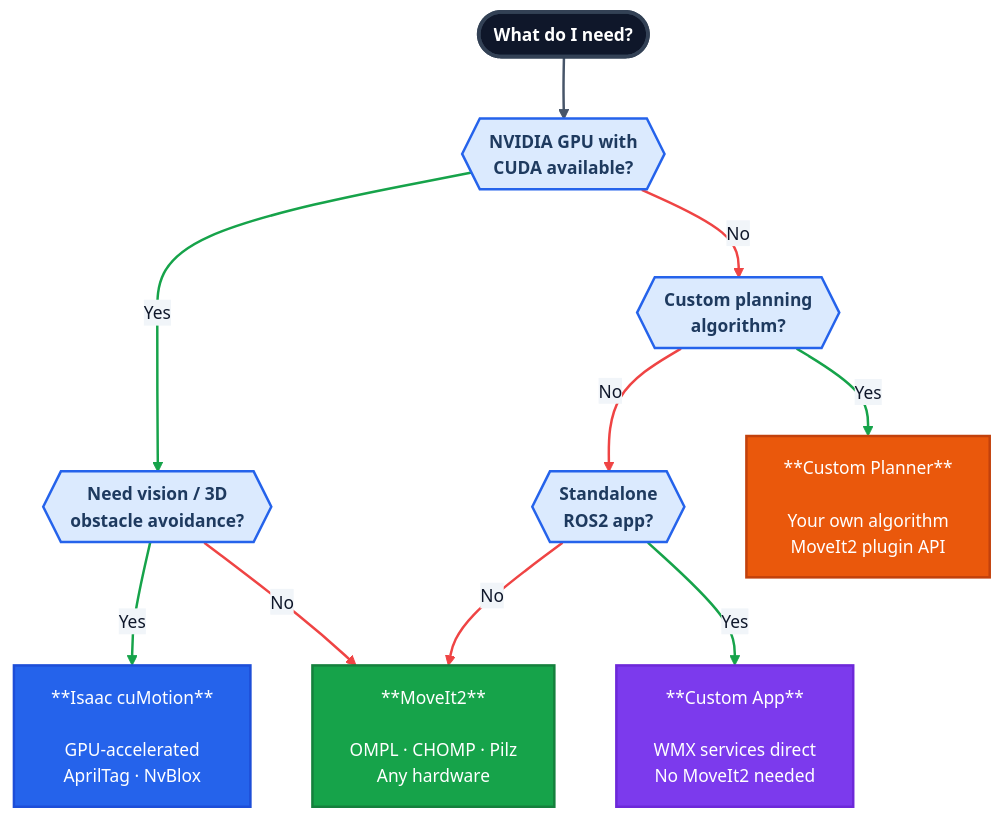
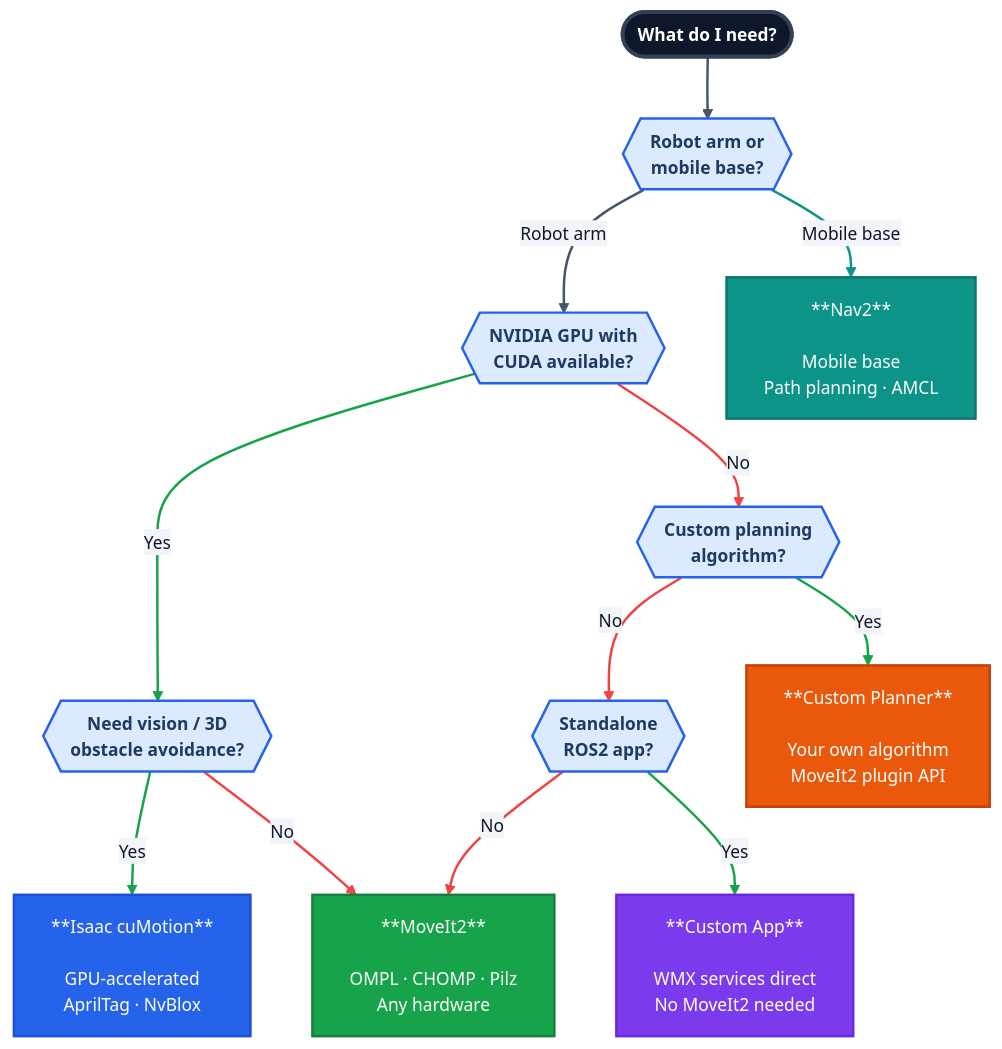
Before and after one commit to movensys/wmx-r2-doc: the diagram in doc/integration/integration.rst, drawn with Mermaid. The commit also changed other lines of this file and 3 other files, not shown here.

```diff
--- a/doc/integration/integration.rst
+++ b/doc/integration/integration.rst
@@ -12,54 +13,63 @@
 .. mermaid::
    :caption: Integration — which scenario fits your use case?
    :zoom:
 
    %%{init: {"theme": "base", "themeVariables": {"primaryColor": "#2563eb", "primaryTextColor": "#0f172a", "primaryBorderColor": "#1e40af", "lineColor": "#475569", "fontSize": "14px", "edgeLabelBackground": "#f1f5f9", "tertiaryColor": "#f1f5f9"}}}%%
    flowchart TD
        START([" What do I need? "])
 
+       Q0{{"Robot arm or<br/>mobile base?"}}
        Q1{{"NVIDIA GPU with<br/>CUDA available?"}}
        Q2{{"Need vision / 3D<br/>obstacle avoidance?"}}
        Q3{{"Custom planning<br/>algorithm?"}}
        Q4{{"Standalone<br/>ROS2 app?"}}
 
+       R_NAV["**Nav2**<br/><br/>Mobile base<br/>Path planning · AMCL"]
        R_MV["**MoveIt2**<br/><br/>OMPL · CHOMP · Pilz<br/>Any hardware"]
        R_CU["**Isaac cuMotion**<br/><br/>GPU-accelerated<br/>AprilTag · NvBlox"]
        R_CP["**Custom Planner**<br/><br/>Your own algorithm<br/>MoveIt2 plugin API"]
        R_CA["**Custom App**<br/><br/>WMX services direct<br/>No MoveIt2 needed"]
 
-       START --> Q1
+       START --> Q0
+       Q0 -->|"Mobile base"| R_NAV
+       Q0 -->|"Robot arm"| Q1
+
        Q1 -->|"Yes"| Q2
        Q1 -->|"No"| Q3
 
        Q2 -->|"Yes"| R_CU
        Q2 -->|"No"| R_MV
 
        Q3 -->|"Yes"| R_CP
        Q3 -->|"No"| Q4
 
        Q4 -->|"Yes"| R_CA
        Q4 -->|"No"| R_MV
 
        classDef startNode fill:#0f172a,stroke:#334155,stroke-width:3px,color:#fff,font-weight:bold
        classDef question fill:#dbeafe,stroke:#2563eb,stroke-width:2px,color:#1e3a5f,font-weight:bold
        classDef moveit fill:#16a34a,stroke:#15803d,stroke-width:2px,color:#fff
        classDef cumotion fill:#2563eb,stroke:#1d4ed8,stroke-width:2px,color:#fff
        classDef custom fill:#ea580c,stroke:#c2410c,stroke-width:2px,color:#fff
        classDef customapp fill:#7c3aed,stroke:#6d28d9,stroke-width:2px,color:#fff
+       classDef nav fill:#0d9488,stroke:#0f766e,stroke-width:2px,color:#fff
 
        class START startNode
-       class Q1,Q2,Q3,Q4 question
+       class Q0,Q1,Q2,Q3,Q4 question
+       class R_NAV nav
        class R_MV moveit
        class R_CU cumotion
        class R_CP custom
        class R_CA customapp
 
        linkStyle 0 stroke:#475569,stroke-width:2px
-       linkStyle 1 stroke:#16a34a,stroke-width:2px
-       linkStyle 2 stroke:#ef4444,stroke-width:2px
+       linkStyle 1 stroke:#0d9488,stroke-width:2px
+       linkStyle 2 stroke:#475569,stroke-width:2px
        linkStyle 3 stroke:#16a34a,stroke-width:2px
        linkStyle 4 stroke:#ef4444,stroke-width:2px
        linkStyle 5 stroke:#16a34a,stroke-width:2px
        linkStyle 6 stroke:#ef4444,stroke-width:2px
        linkStyle 7 stroke:#16a34a,stroke-width:2px
        linkStyle 8 stroke:#ef4444,stroke-width:2px
+       linkStyle 9 stroke:#16a34a,stroke-width:2px
+       linkStyle 10 stroke:#ef4444,stroke-width:2px
```
